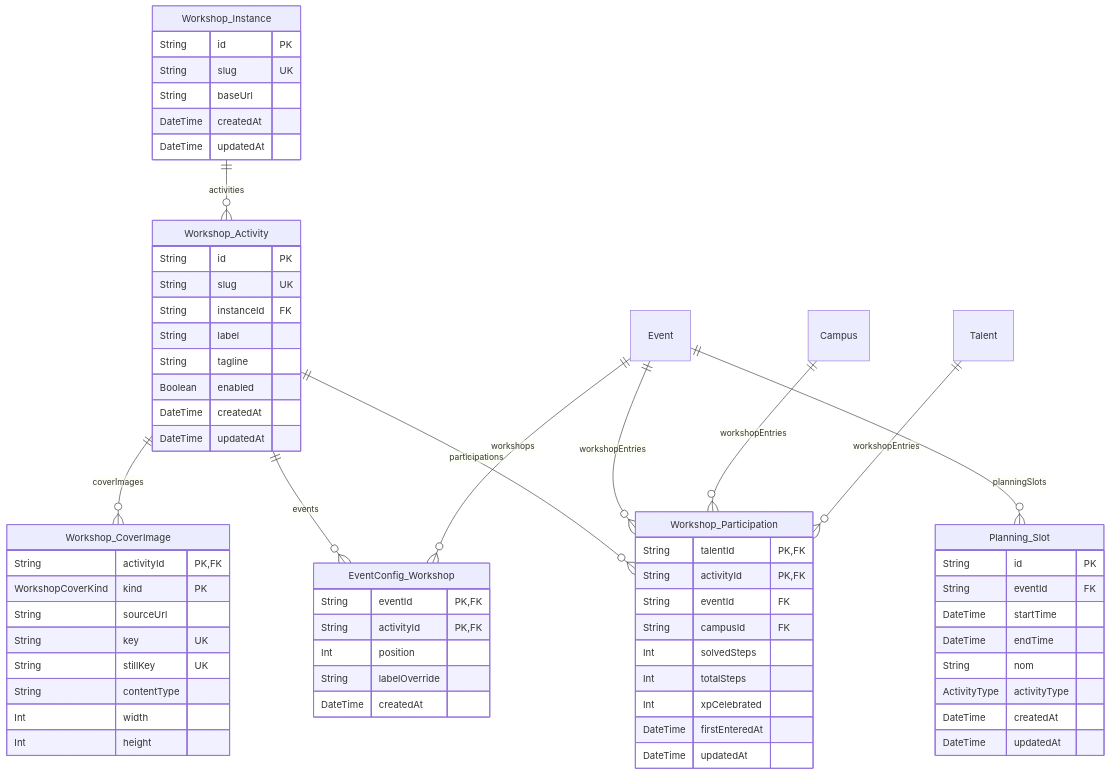
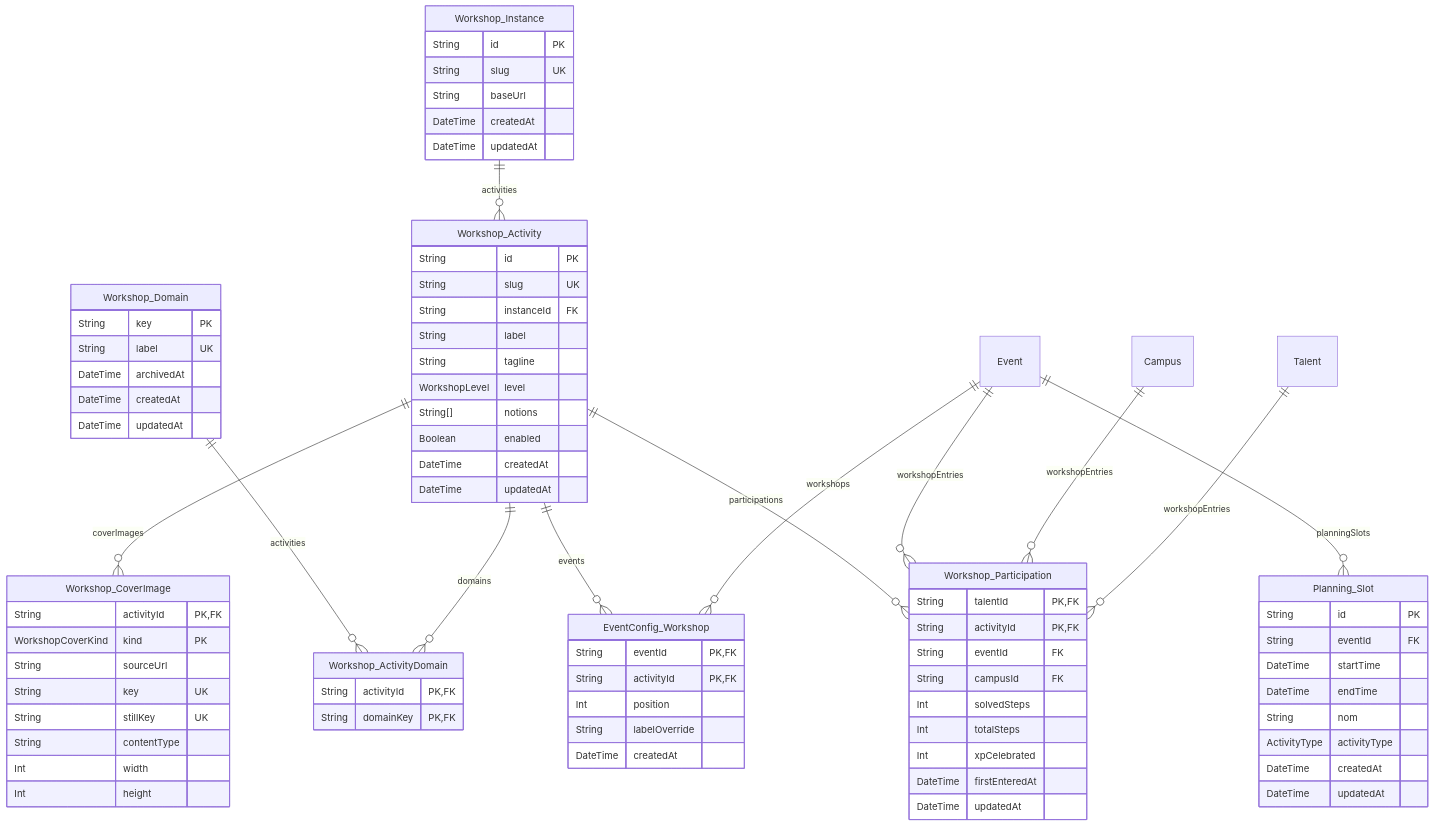
One commit to Manta-Epitech-Academy/jump changed the fifth of 13 diagrams in frontend/docs/database.md. Above: the diagram before and after it, drawn with Mermaid. The commit also changed other lines of this file and 7 other files, not shown here.

First line of the commit message:
feat(workshops): store a subject's domains, level and notions

````diff
--- a/frontend/docs/database.md
+++ b/frontend/docs/database.md
@@ -603,6 +603,8 @@
     String instanceId FK
     String label
     String tagline
+    WorkshopLevel level
+    String[] notions
     Boolean enabled
     DateTime createdAt
     DateTime updatedAt
@@ -635,6 +637,17 @@
     Int width
     Int height
   }
+  Workshop_Domain {
+    String key PK
+    String label UK
+    DateTime archivedAt
+    DateTime createdAt
+    DateTime updatedAt
+  }
+  Workshop_ActivityDomain {
+    String activityId PK,FK
+    String domainKey PK,FK
+  }
   Talent {
   }
   Campus {
@@ -650,4 +663,6 @@
   Workshop_Activity ||--o{ EventConfig_Workshop : "events"
   Workshop_Activity ||--o{ Workshop_Participation : "participations"
   Workshop_Activity ||--o{ Workshop_CoverImage : "coverImages"
+  Workshop_Activity ||--o{ Workshop_ActivityDomain : "domains"
+  Workshop_Domain ||--o{ Workshop_ActivityDomain : "activities"
 ```
````
